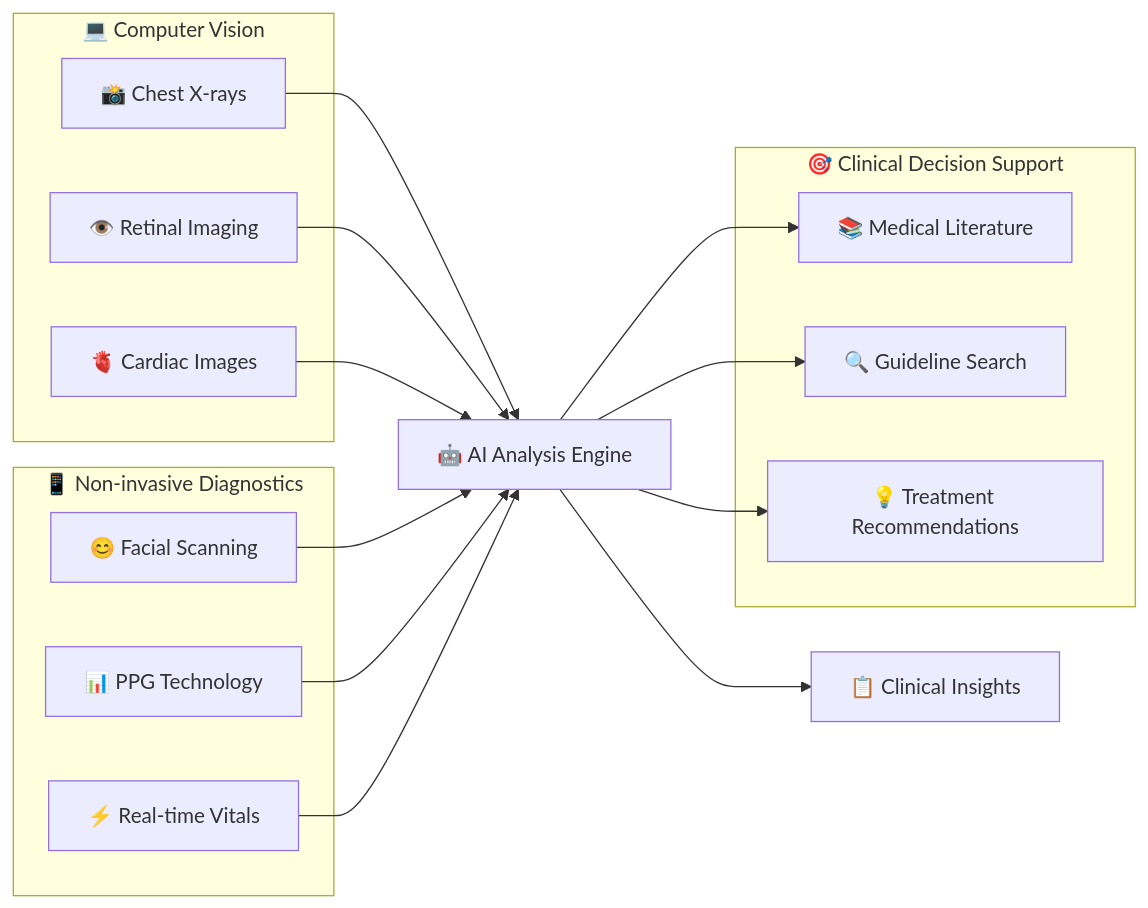
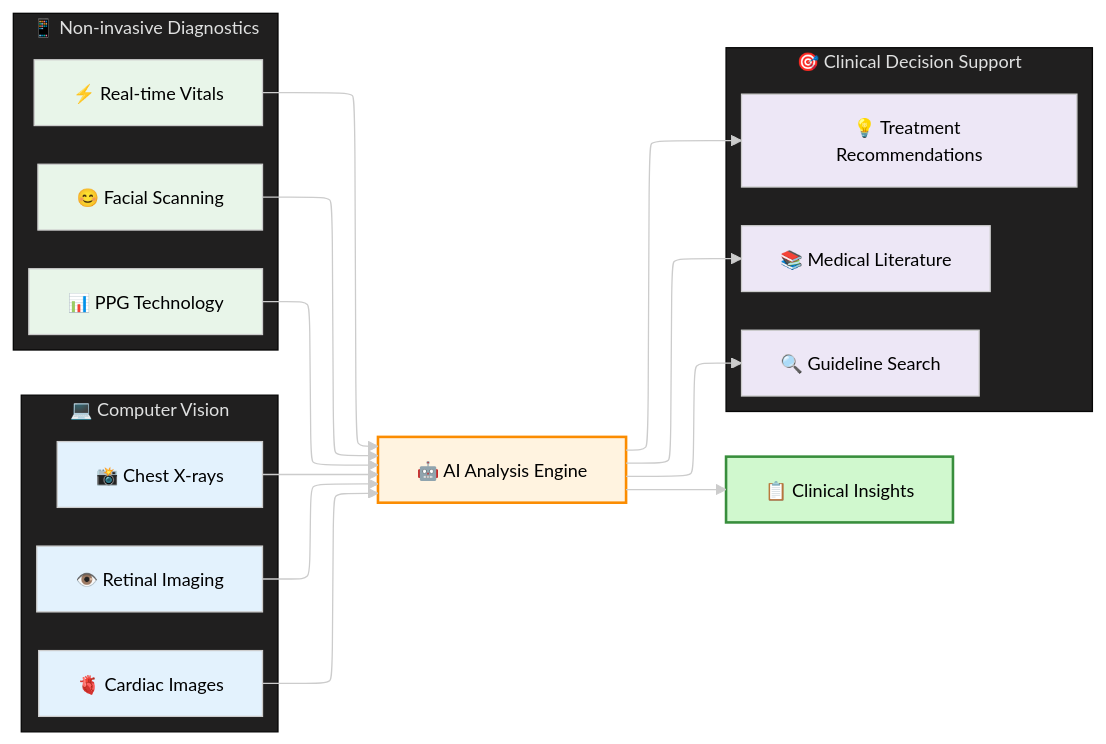
The seventh of 18 diagrams in report.md (hr1juldey/FairWorks_FairDOC), drawn with Mermaid before and after one commit. The commit also changed other lines of this file, not shown here.

````diff
--- a/report.md
+++ b/report.md
@@ -186,33 +303,44 @@
 ```mermaid
-graph LR
-    subgraph "💻 Computer Vision"
-        CV1[📸 Chest X-rays]
-        CV2[👁️ Retinal Imaging]
-        CV3[🫀 Cardiac Images]
-    end
-    
-    subgraph "📱 Non-invasive Diagnostics"
-        NI1[😊 Facial Scanning]
-        NI2[📊 PPG Technology]
-        NI3[⚡ Real-time Vitals]
-    end
-    
-    subgraph "🎯 Clinical Decision Support"
-        CDS1[📚 Medical Literature]
-        CDS2[🔍 Guideline Search]
-        CDS3[💡 Treatment Recommendations]
-    end
-    
-    CV1 --> AI[🤖 AI Analysis Engine]
+---
+config:
+  theme: neo-dark
+  flowchart:
+    curve: basis
+  layout: elk
+---
+flowchart LR
+ subgraph CV["💻 Computer Vision"]
+        CV1["📸 Chest X-rays"]
+        CV2["👁️ Retinal Imaging"]
+        CV3["🫀 Cardiac Images"]
+  end
+ subgraph NI["📱 Non-invasive Diagnostics"]
+        NI1["😊 Facial Scanning"]
+        NI2["📊 PPG Technology"]
+        NI3["⚡ Real-time Vitals"]
+  end
+ subgraph CDS["🎯 Clinical Decision Support"]
+        CDS1["📚 Medical Literature"]
+        CDS2["🔍 Guideline Search"]
+        CDS3["💡 Treatment Recommendations"]
+  end
+    CV1 --> AI["🤖 AI Analysis Engine"]
     CV2 --> AI
     CV3 --> AI
     NI1 --> AI
     NI2 --> AI
     NI3 --> AI
-    
-    AI --> CDS1
-    AI --> CDS2
-    AI --> CDS3
-    
-    AI --> Output[📋 Clinical Insights]
+    AI --> CDS1 & CDS2 & CDS3 & Output["📋 Clinical Insights"]
+    style CV1 fill:#e3f2fd,color:#000
+    style CV2 fill:#e3f2fd,color:#000
+    style CV3 fill:#e3f2fd,color:#000
+    style NI1 fill:#e8f5e9,color:#000
+    style NI2 fill:#e8f5e9,color:#000
+    style NI3 fill:#e8f5e9,color:#000
+    style AI fill:#fff3e0,stroke:#fb8c00,stroke-width:2px,color:#000
+    style CDS1 fill:#ede7f6,color:#000
+    style CDS2 fill:#ede7f6,color:#000
+    style CDS3 fill:#ede7f6,color:#000
+    style Output fill:#d0f8ce,stroke:#388e3c,stroke-width:2px,color:#000
+
 ```
````
